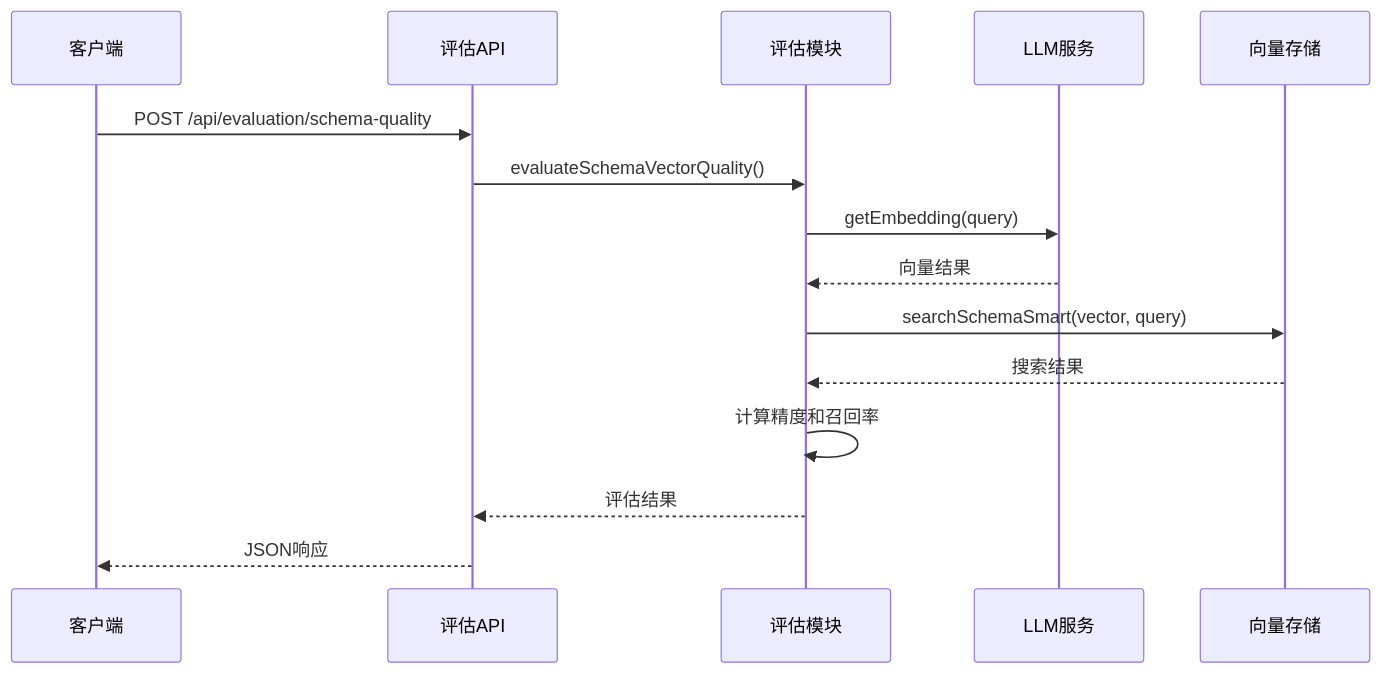
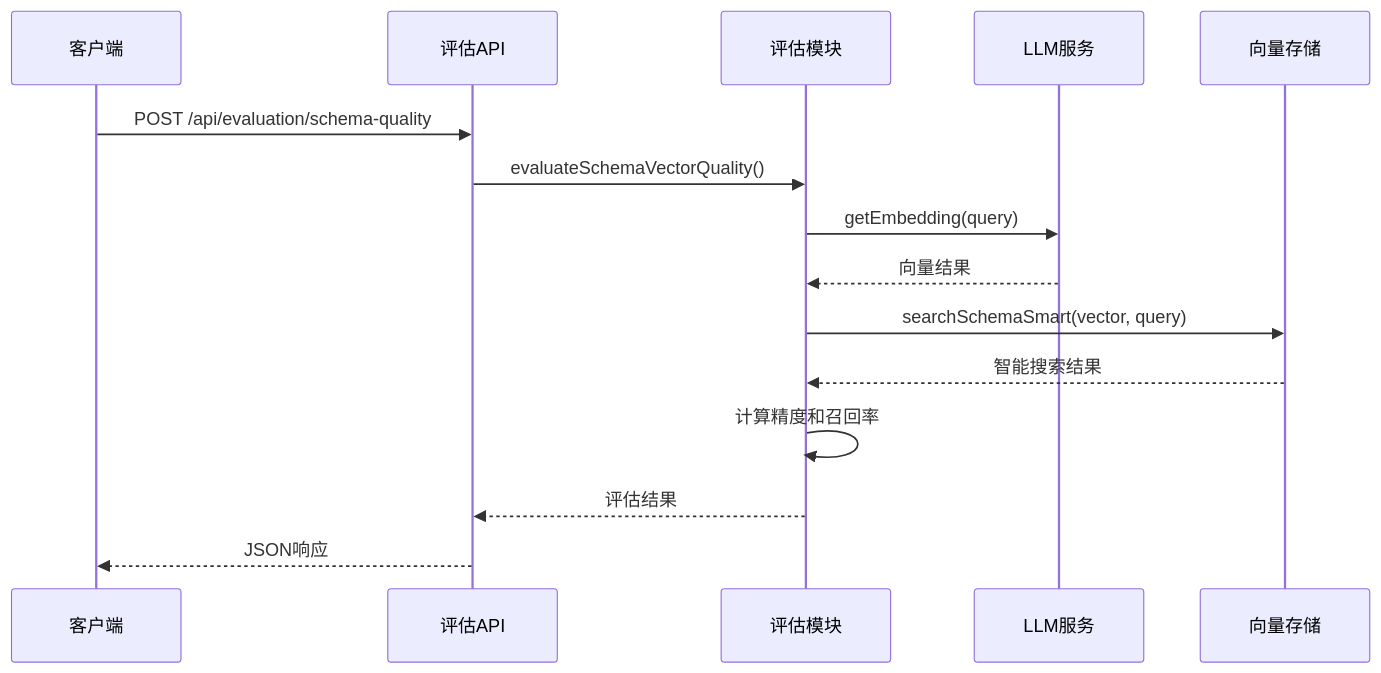
One commit to HanHuiOnLine/724-office changed the fourth of 10 diagrams in .qoder/repowiki/zh/content/核心模块详解/NL2SQL自然语言到SQL系统/NL2SQL向量评估系统.md. Above: the diagram before and after it, drawn with Mermaid. The commit also changed other lines of this file and 5 other files, not shown here.

````diff
--- a/.qoder/repowiki/zh/content/核心模块详解/NL2SQL自然语言到SQL系统/NL2SQL向量评估系统.md
+++ b/.qoder/repowiki/zh/content/核心模块详解/NL2SQL自然语言到SQL系统/NL2SQL向量评估系统.md
@@ -204,17 +214,17 @@
 ```mermaid
 sequenceDiagram
 participant Client as 客户端
 participant API as 评估API
 participant Eval as 评估模块
 participant LLM as LLM服务
 participant Vector as 向量存储
 Client->>API : POST /api/evaluation/schema-quality
 API->>Eval : evaluateSchemaVectorQuality()
 Eval->>LLM : getEmbedding(query)
 LLM-->>Eval : 向量结果
 Eval->>Vector : searchSchemaSmart(vector, query)
-Vector-->>Eval : 搜索结果
+Vector-->>Eval : 智能搜索结果
 Eval->>Eval : 计算精度和召回率
 Eval-->>API : 评估结果
 API-->>Client : JSON响应
 ```
````
